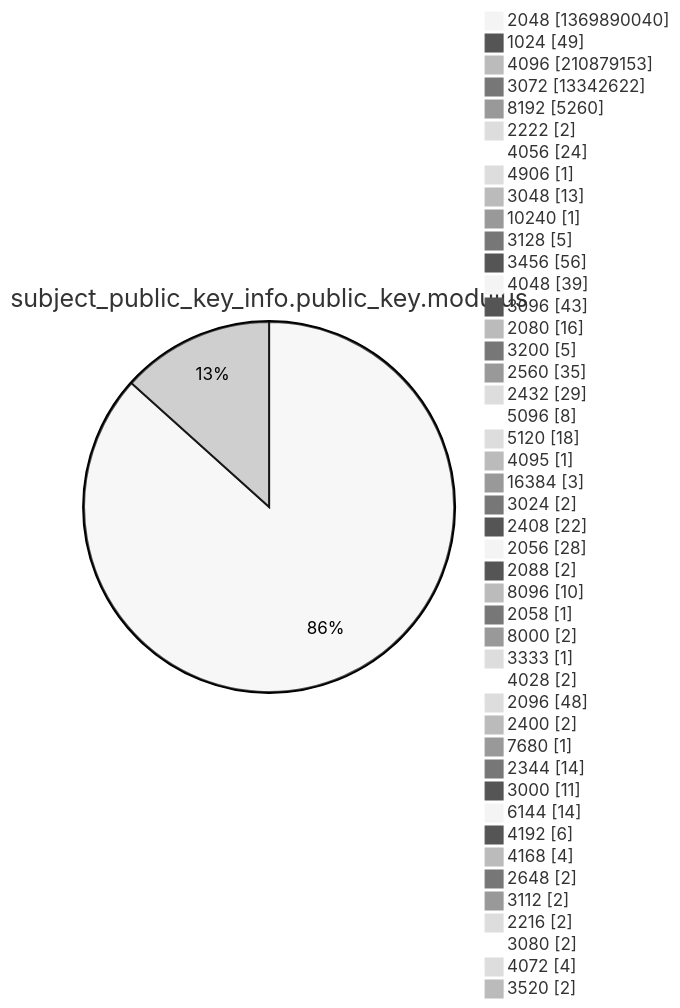
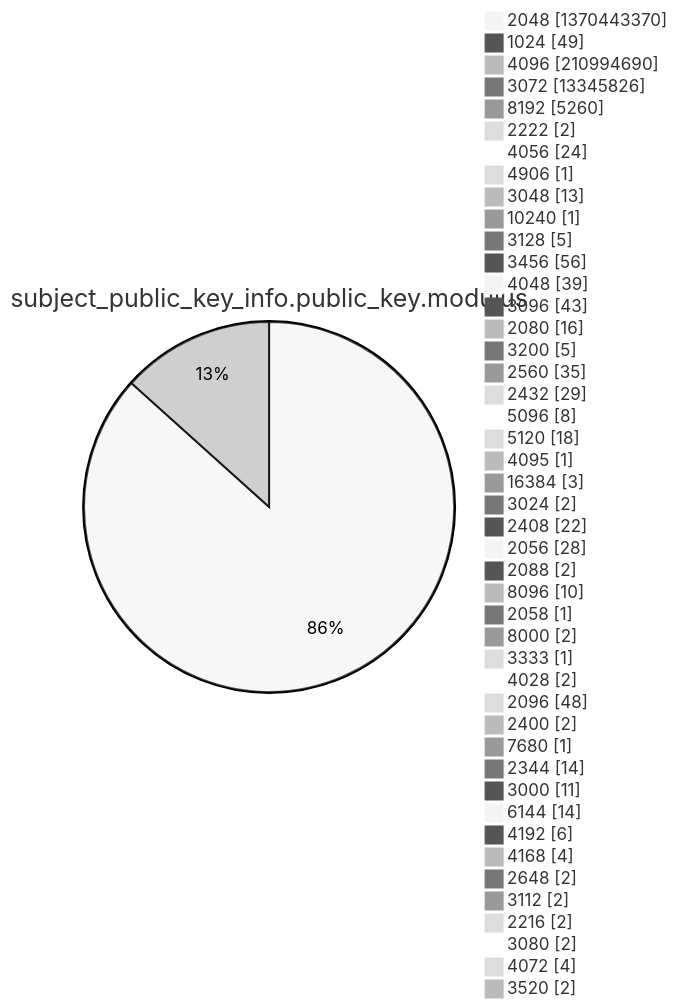
One commit to christiankrug/ctmonitor_visualization changed diagram 13 of 15 in xenon2022/README.md. Above: the diagram before and after it, drawn with Mermaid (neutral theme). The commit also changed other lines of this file, not shown here.

````diff
--- a/xenon2022/README.md
+++ b/xenon2022/README.md
@@ -3928,49 +3928,49 @@
 ```mermaid
 pie showData
 title subject_public_key_info.public_key.modulus
-"2048" :1369890040
+"2048" :1370443370
 "1024" :49
-"4096" :210879153
-"3072" :13342622
+"4096" :210994690
+"3072" :13345826
 "8192" :5260
 "2222" :2
 "4056" :24
 "4906" :1
 "3048" :13
 "10240" :1
 "3128" :5
 "3456" :56
 "4048" :39
 "3096" :43
 "2080" :16
 "3200" :5
 "2560" :35
 "2432" :29
 "5096" :8
 "5120" :18
 "4095" :1
 "16384" :3
 "3024" :2
 "2408" :22
 "2056" :28
 "2088" :2
 "8096" :10
 "2058" :1
 "8000" :2
 "3333" :1
 "4028" :2
 "2096" :48
 "2400" :2
 "7680" :1
 "2344" :14
 "3000" :11
 "6144" :14
 "4192" :6
 "4168" :4
 "2648" :2
 "3112" :2
 "2216" :2
 "3080" :2
 "4072" :4
 "3520" :2
 ```
````
